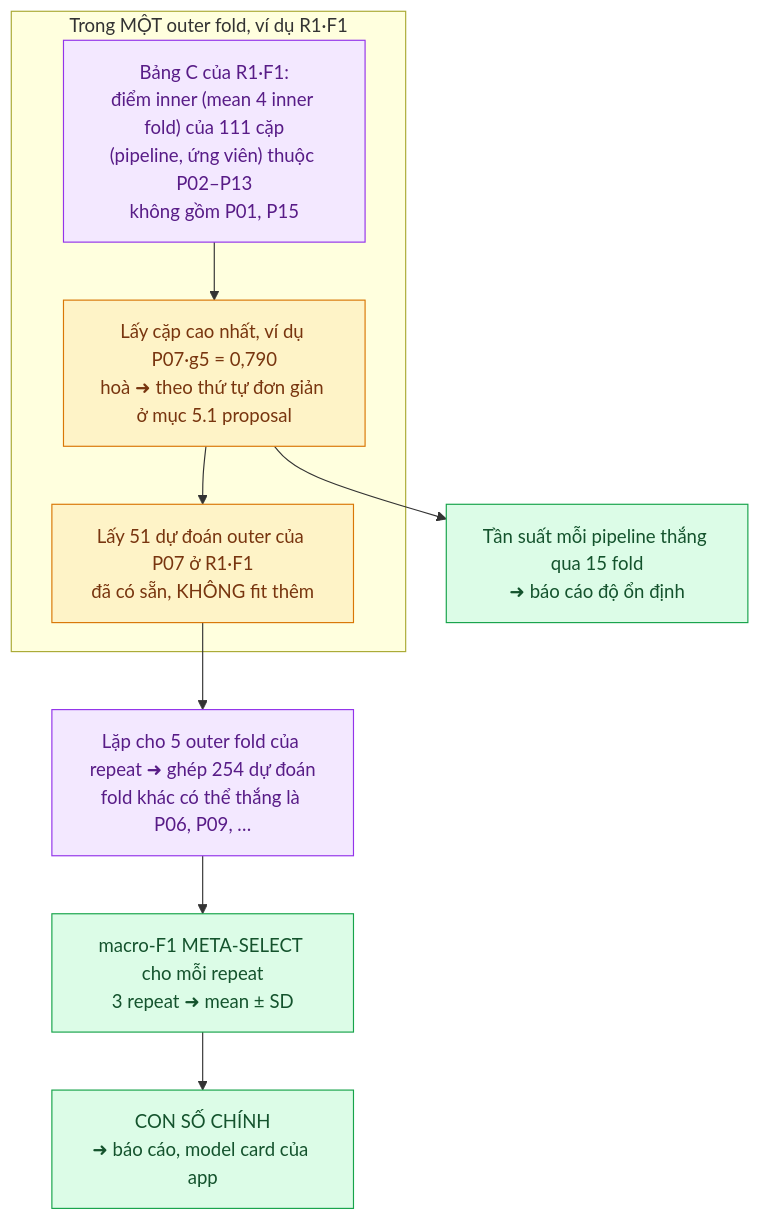
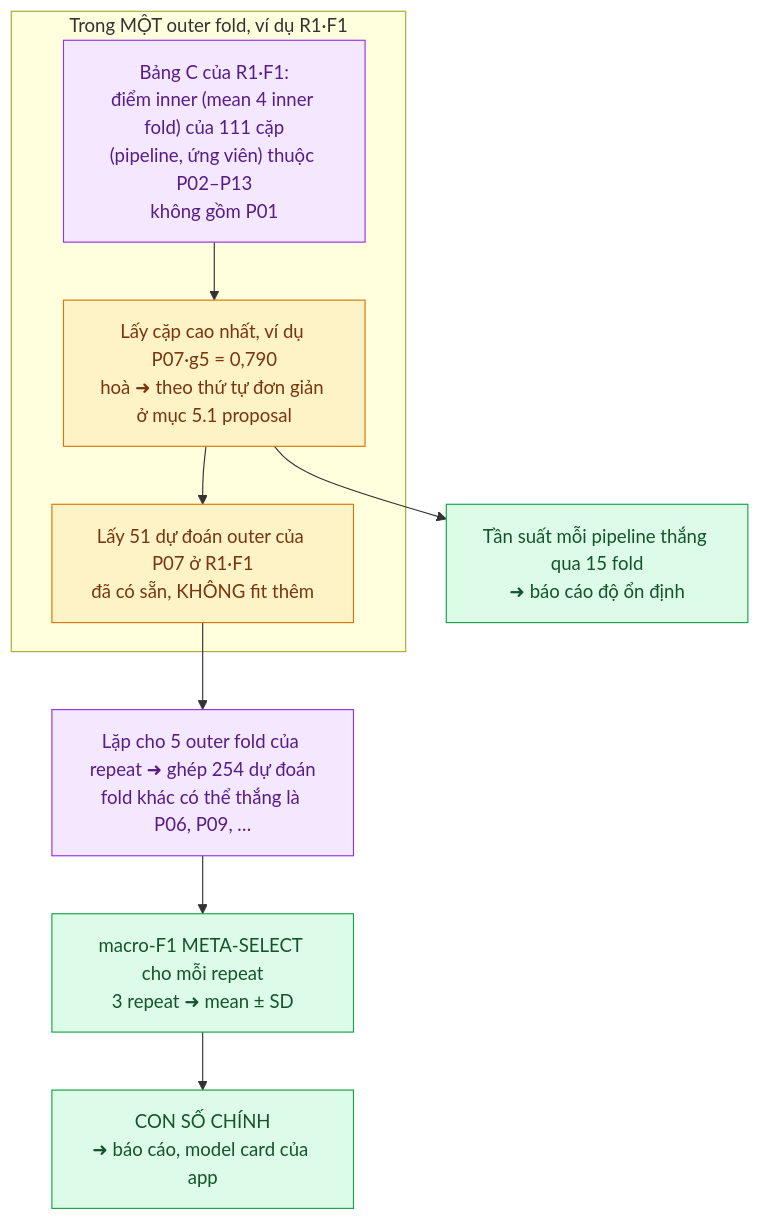
Before and after one commit to nhdung98/ProjectA: the eighth of 9 diagrams in docs/nested_cv_diagram.md, drawn with Mermaid. The commit also changed other lines of this file and 2 other files, not shown here.

First line of the commit message:
docs: drop P15 marker pipeline and fix cross-doc inconsistencies in protocol 3.0 docs

````diff
--- a/docs/nested_cv_diagram.md
+++ b/docs/nested_cv_diagram.md
@@ -427,17 +427,17 @@
 ```mermaid
 flowchart TD
   classDef out fill:#f3e8ff,stroke:#9333ea,color:#581c87
   classDef run fill:#fef3c7,stroke:#d97706,color:#78350f
   classDef fin fill:#dcfce7,stroke:#16a34a,color:#14532d
 
   subgraph F["Trong MỘT outer fold, ví dụ R1·F1"]
-    C["Bảng C của R1·F1:<br/>điểm inner (mean 4 inner fold) của 111 cặp<br/>(pipeline, ứng viên) thuộc P02–P13<br/>không gồm P01, P15"]:::out
+    C["Bảng C của R1·F1:<br/>điểm inner (mean 4 inner fold) của 111 cặp<br/>(pipeline, ứng viên) thuộc P02–P13<br/>không gồm P01"]:::out
     C --> W["Lấy cặp cao nhất, ví dụ P07·g5 = 0,790<br/>hoà ➜ theo thứ tự đơn giản ở mục 5.1 proposal"]:::run
     W --> T["Lấy 51 dự đoán outer của P07 ở R1·F1<br/>đã có sẵn, KHÔNG fit thêm"]:::run
   end
 
   T --> G["Lặp cho 5 outer fold của repeat ➜ ghép 254 dự đoán<br/>fold khác có thể thắng là P06, P09, …"]:::out
   G --> M["macro-F1 META-SELECT cho mỗi repeat<br/>3 repeat ➜ mean ± SD"]:::fin
   M --> R["CON SỐ CHÍNH<br/>➜ báo cáo, model card của app"]:::fin
   W --> FQ["Tần suất mỗi pipeline thắng qua 15 fold<br/>➜ báo cáo độ ổn định"]:::fin
 ```
````
